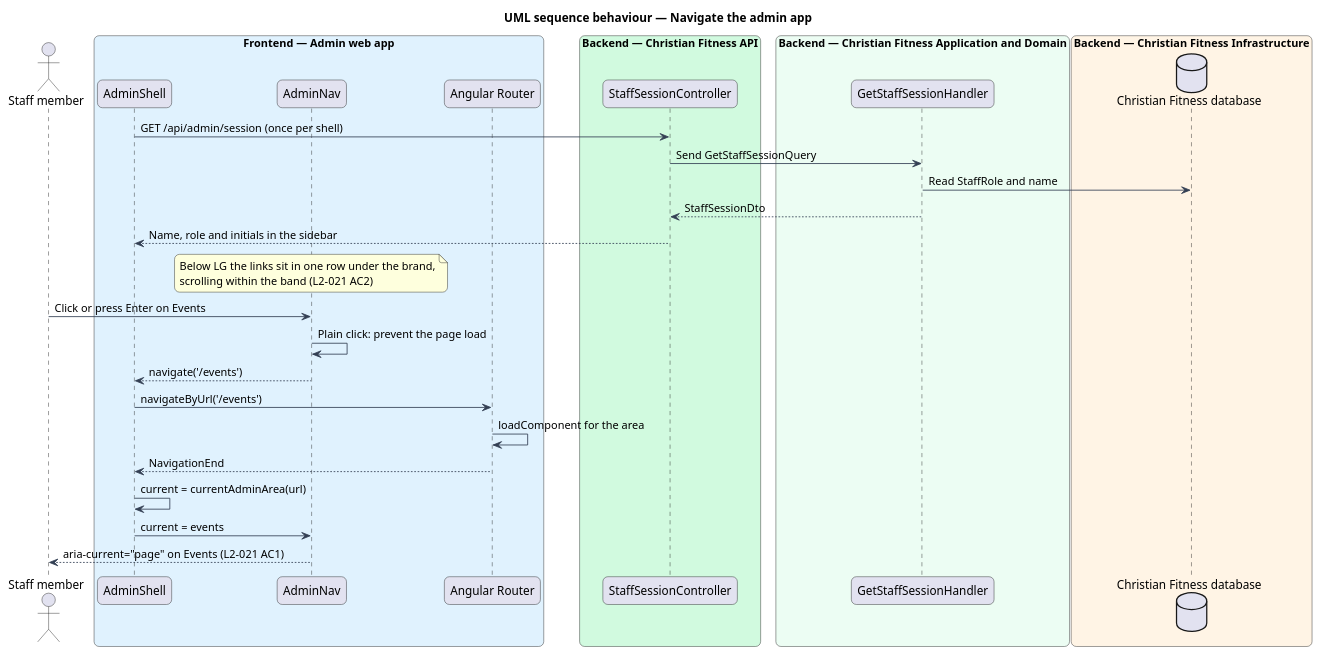
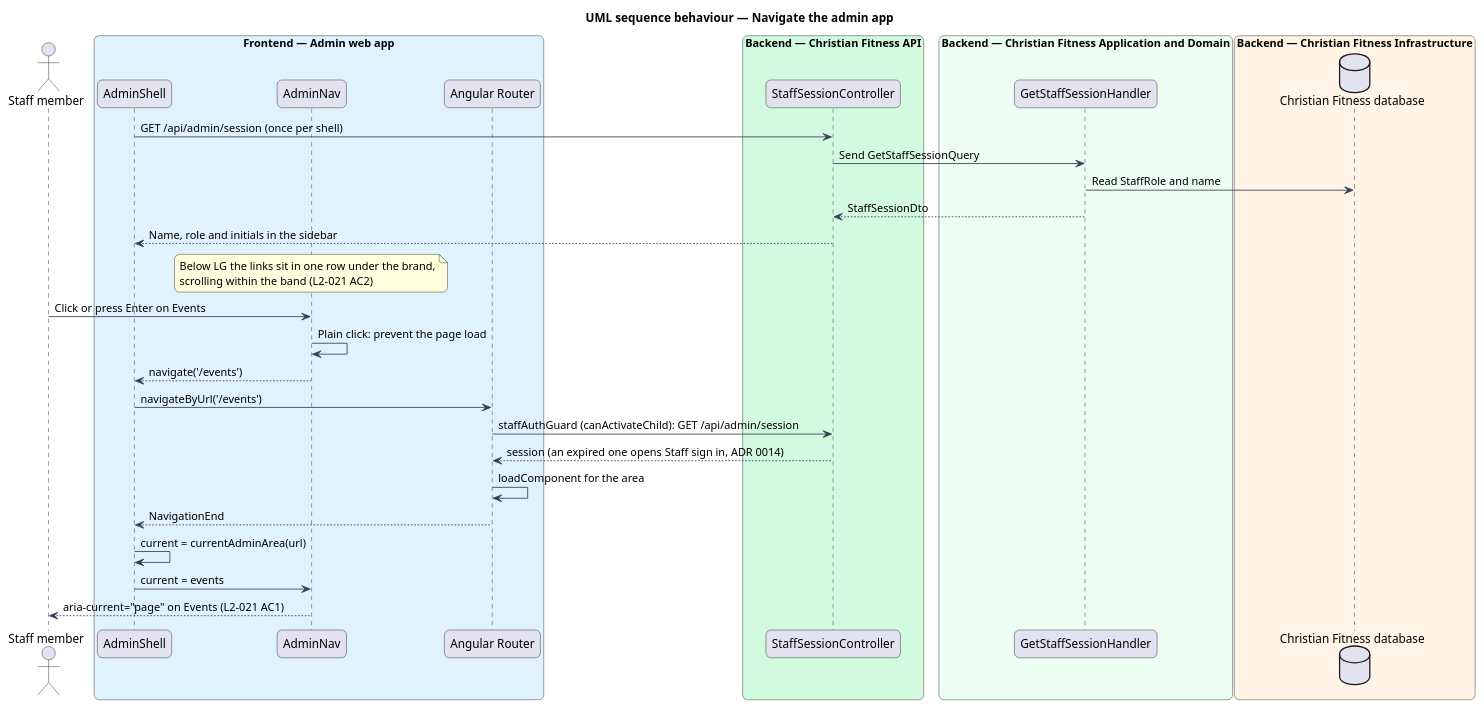
One commit to QuinntyneBrown/christian-fitness changed the diagram in docs/detailed-designs/admin-access/navigate-admin-app/diagrams/sequence-navigate.puml. Above: the diagram before and after it, drawn with PlantUML. The commit also changed 30 other files, not shown here.

```diff
--- a/docs/detailed-designs/admin-access/navigate-admin-app/diagrams/sequence-navigate.puml
+++ b/docs/detailed-designs/admin-access/navigate-admin-app/diagrams/sequence-navigate.puml
@@ -1,47 +1,49 @@
 @startuml
 title UML sequence behaviour — Navigate the admin app
 skinparam backgroundColor #FFFFFF
 skinparam shadowing false
 skinparam roundcorner 12
 skinparam defaultFontName Arial
 skinparam ArrowColor #344054
 skinparam rectangle {
   BorderColor #344054
   FontColor #101828
 }
 skinparam package {
   BorderColor #667085
   FontColor #101828
   BackgroundColor #F9FAFB
 }
 actor "Staff member" as actor
 box "Frontend — Admin web app" #E0F2FE
   participant "AdminShell" as shell
   participant "AdminNav" as nav
   participant "Angular Router" as router
 end box
 box "Backend — Christian Fitness API" #D1FADF
   participant "StaffSessionController" as ctrl
 end box
 box "Backend — Christian Fitness Application and Domain" #ECFDF3
   participant "GetStaffSessionHandler" as handler
 end box
 box "Backend — Christian Fitness Infrastructure" #FFF4E5
   database "Christian Fitness database" as db
 end box
 shell -> ctrl : GET /api/admin/session (once per shell)
 ctrl -> handler : Send GetStaffSessionQuery
 handler -> db : Read StaffRole and name
 handler --> ctrl : StaffSessionDto
 ctrl --> shell : Name, role and initials in the sidebar
 note over nav : Below LG the links sit in one row under the brand,\nscrolling within the band (L2-021 AC2)
 actor -> nav : Click or press Enter on Events
 nav -> nav : Plain click: prevent the page load
 nav --> shell : navigate('/events')
 shell -> router : navigateByUrl('/events')
+router -> ctrl : staffAuthGuard (canActivateChild): GET /api/admin/session
+ctrl --> router : session (an expired one opens Staff sign in, ADR 0014)
 router -> router : loadComponent for the area
 router --> shell : NavigationEnd
 shell -> shell : current = currentAdminArea(url)
 shell -> nav : current = events
 nav --> actor : aria-current="page" on Events (L2-021 AC1)
 @enduml
```
